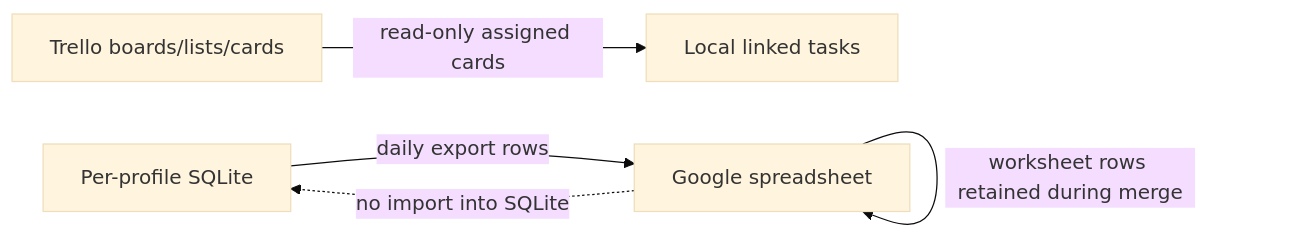
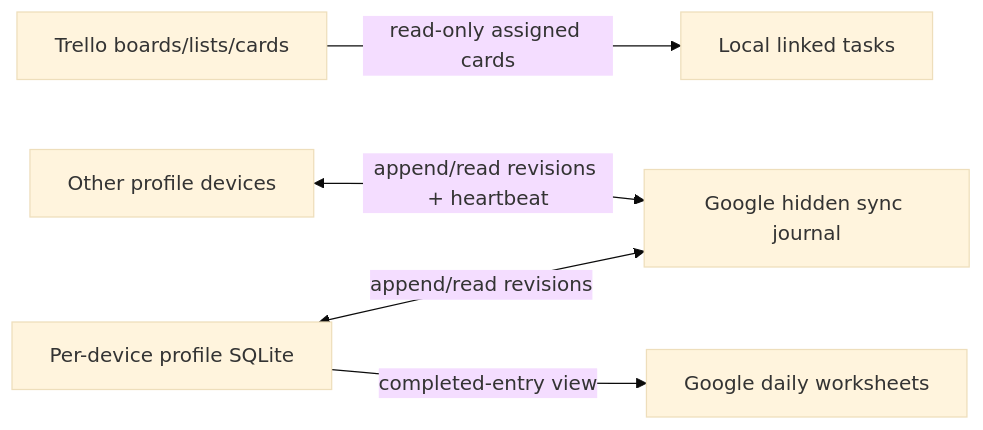
The sixth of 6 diagrams in Log_o-Clock/docs/ARCHITECTURE.md (Zachariasz/Log_o-Clock), drawn with Mermaid (base theme) before and after one commit. The commit also changed other lines of this file and 36 other files, not shown here.

Commit message:
updated spreadsheet sync option

````diff
--- a/Log_o-Clock/docs/ARCHITECTURE.md
+++ b/Log_o-Clock/docs/ARCHITECTURE.md
@@ -178,7 +178,7 @@
 ```mermaid
 flowchart LR
     Trello["Trello boards/lists/cards"] -->|read-only assigned cards| LocalTasks["Local linked tasks"]
-    LocalDB["Per-profile SQLite"] -->|daily export rows| Sheets["Google spreadsheet"]
-    Sheets -->|worksheet rows retained during merge| Sheets
-    Sheets -. "no import into SQLite" .-> LocalDB
+    LocalDB["Per-device profile SQLite"] <-->|append/read revisions| Journal["Google hidden sync journal"]
+    LocalDB -->|completed-entry view| Sheets["Google daily worksheets"]
+    Devices["Other profile devices"] <-->|append/read revisions + heartbeat| Journal
 ```
````
